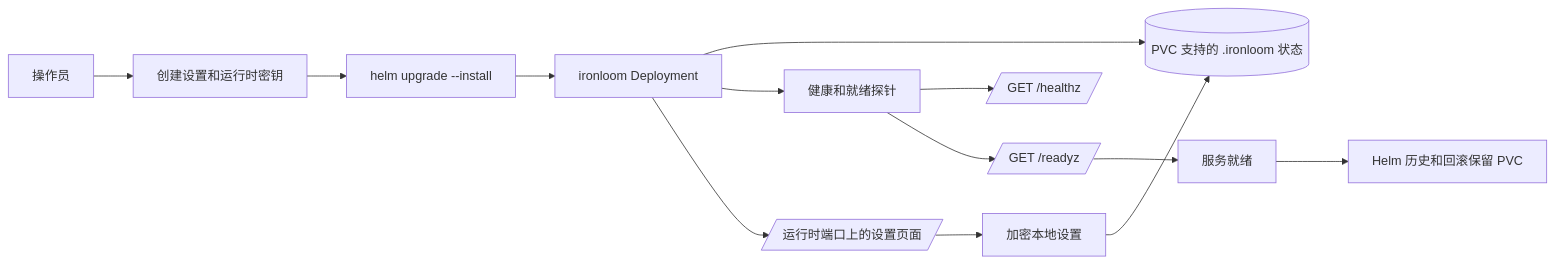
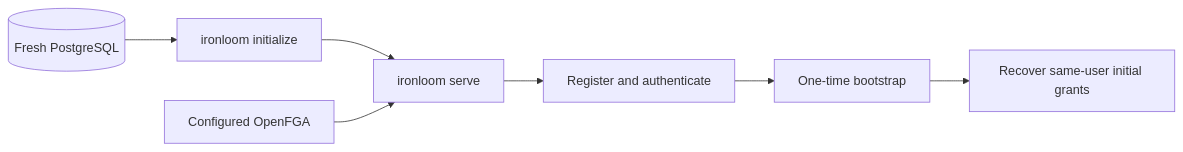
The diagram in site/guide-docs/zh-hans/guides/deployment.md (VannaDii/ironloom), drawn with Mermaid before and after one commit. The commit also changed other lines of this file and 13 other files, not shown here.

Commit message:
fix: serialize bootstrap grants and wire service connections

````diff
--- a/site/guide-docs/zh-hans/guides/deployment.md
+++ b/site/guide-docs/zh-hans/guides/deployment.md
@@ -9,15 +7,9 @@
 ```mermaid
 flowchart LR
-  operator[操作员] --> secret[创建设置和运行时密钥]
-  secret --> helm[helm upgrade --install]
-  helm --> deployment[ironloom Deployment]
-  deployment --> pvc[(PVC 支持的 .ironloom 状态)]
-  deployment --> probes[健康和就绪探针]
-  probes --> health[/GET /healthz/]
-  probes --> ready[/GET /readyz/]
-  deployment --> setup[/运行时端口上的设置页面/]
-  setup --> encrypted[加密本地设置]
-  encrypted --> pvc
-  ready --> service[服务就绪]
-  service --> rollback[Helm 历史和回滚保留 PVC]
+  DB[(Fresh PostgreSQL)] --> Init[ironloom initialize]
+  Init --> Service[ironloom serve]
+  FGA[Configured OpenFGA] --> Service
+  Service --> Account[Register and authenticate]
+  Account --> Bootstrap[One-time bootstrap]
+  Bootstrap --> Ready[Recover same-user initial grants]
 ```
````
